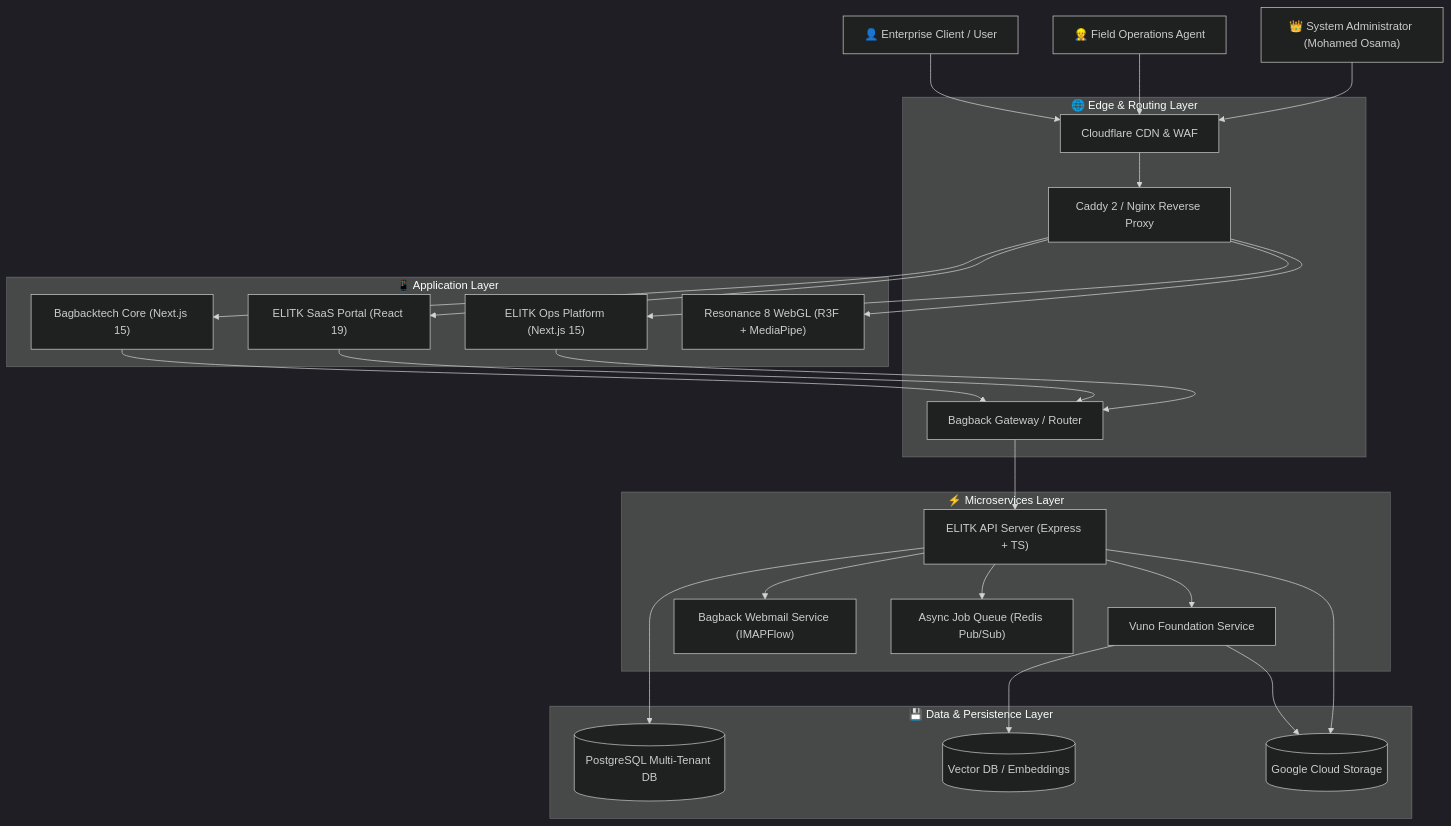
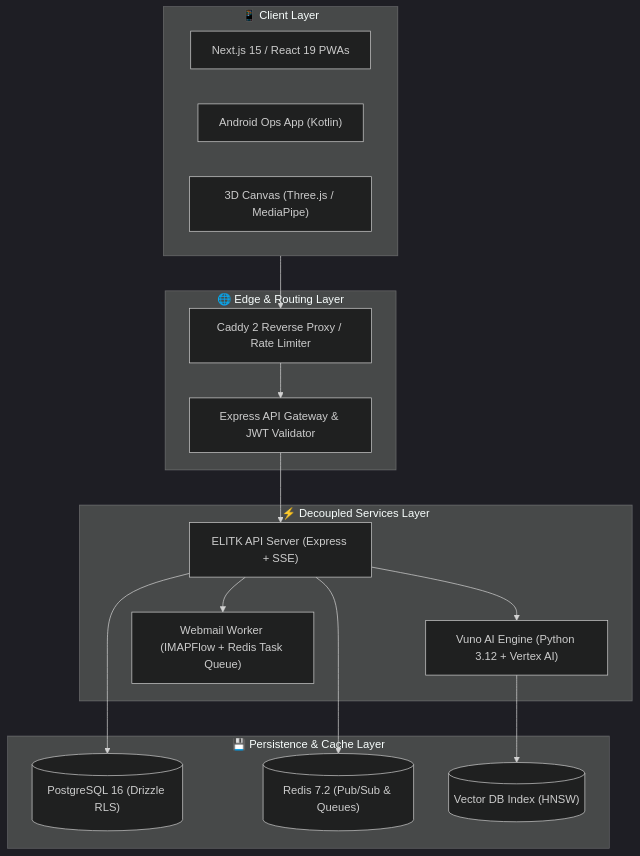
Before and after one commit to mohamedosamaai/mohamedosamaai: the diagram in README.md, drawn with Mermaid (dark theme). The commit also changed other lines of this file and 4 other files, not shown here.

Commit message:
docs(readme): eliminate table duplication, add polyglot code modules, and polish C4 architecture

````diff
--- a/README.md
+++ b/README.md
@@ -92,62 +73,34 @@
 ```mermaid
-graph TD
-    %% User Personas
-    Client["👤 Enterprise Client / User"]
-    OpUser["👷 Field Operations Agent"]
-    Admin["👑 System Administrator (Mohamed Osama)"]
-
-    %% Edge Layer
-    subgraph Edge ["🌐 Edge & Routing Layer"]
-        CF["Cloudflare CDN & WAF"]
-        CaddyProxy["Caddy 2 / Nginx Reverse Proxy"]
-        Gateway["Bagback Gateway / Router"]
+graph TB
+    subgraph Clients ["📱 Client Layer"]
+        PWA["Next.js 15 / React 19 PWAs"]
+        Mobile["Android Ops App (Kotlin)"]
+        WebGL["3D Canvas (Three.js / MediaPipe)"]
     end
 
-    %% Application Layer
-    subgraph Apps ["📱 Application Layer"]
-        CoreWeb["Bagbacktech Core (Next.js 15)"]
-        ElitkWeb["ELITK SaaS Portal (React 19)"]
-        OpsApp["ELITK Ops Platform (Next.js 15)"]
-        Resonance8["Resonance 8 WebGL (R3F + MediaPipe)"]
+    subgraph Edge ["🌐 Edge & Routing Layer"]
+        Proxy["Caddy 2 Reverse Proxy / Rate Limiter"]
+        Gateway["Express API Gateway & JWT Validator"]
     end
 
-    %% Services Layer
-    subgraph Services ["⚡ Microservices Layer"]
-        APIServer["ELITK API Server (Express + TS)"]
-        VunoService["Vuno Foundation Service"]
-        MailService["Bagback Webmail Service (IMAPFlow)"]
-        JobStore["Async Job Queue (Redis Pub/Sub)"]
+    subgraph Microservices ["⚡ Decoupled Services Layer"]
+        API["ELITK API Server (Express + SSE)"]
+        AI["Vuno AI Engine (Python 3.12 + Vertex AI)"]
+        Mail["Webmail Worker (IMAPFlow + Redis Task Queue)"]
     end
 
-    %% Persistence Layer
-    subgraph Data ["💾 Data & Persistence Layer"]
-        PG[("PostgreSQL Multi-Tenant DB")]
-        VDB[("Vector DB / Embeddings")]
-        GCS[("Google Cloud Storage")]
+    subgraph Persistence ["💾 Persistence & Cache Layer"]
+        Postgres[("PostgreSQL 16 (Drizzle RLS)")]
+        Redis[("Redis 7.2 (Pub/Sub & Queues)")]
+        Vectors[("Vector DB Index (HNSW)")]
     end
 
-    %% User Interactions
-    Client --> CF
-    OpUser --> CF
-    Admin --> CF
-    CF --> CaddyProxy
-    CaddyProxy --> CoreWeb
-    CaddyProxy --> ElitkWeb
-    CaddyProxy --> OpsApp
-    CaddyProxy --> Resonance8
-
-    %% Service Connections
-    CoreWeb --> Gateway
-    ElitkWeb --> Gateway
-    OpsApp --> Gateway
-    Gateway --> APIServer
-    APIServer --> VunoService
-    APIServer --> MailService
-    APIServer --> JobStore
-
-    %% Data Connections
-    APIServer --> PG
-    VunoService --> VDB
-    VunoService --> GCS
-    APIServer --> GCS
+    Clients --> Proxy
+    Proxy --> Gateway
+    Gateway --> API
+    API --> AI
+    API --> Mail
+    API --> Postgres
+    API --> Redis
+    AI --> Vectors
 ```
````
